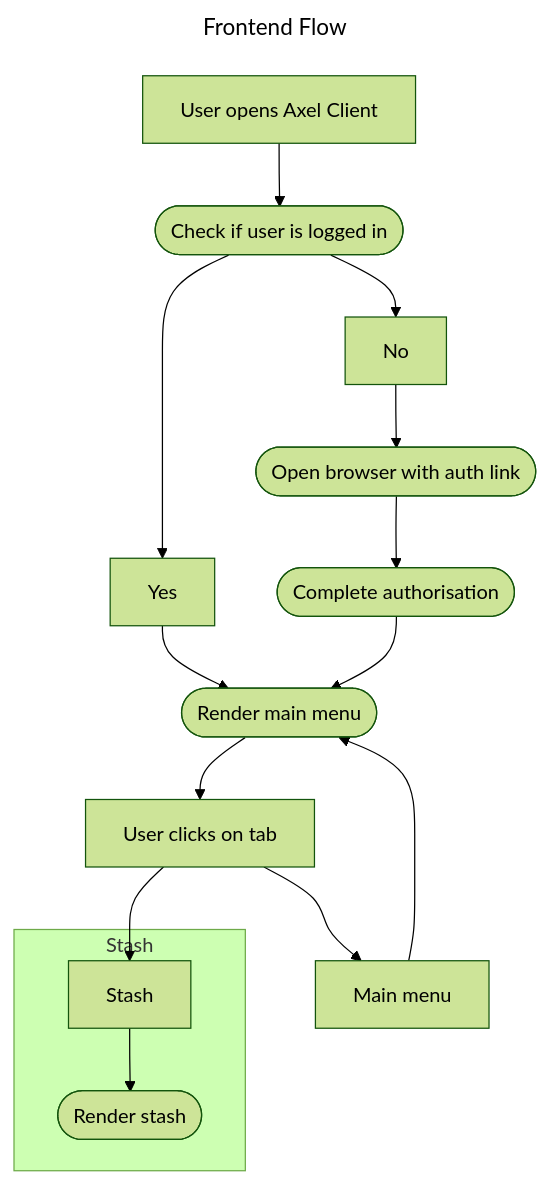
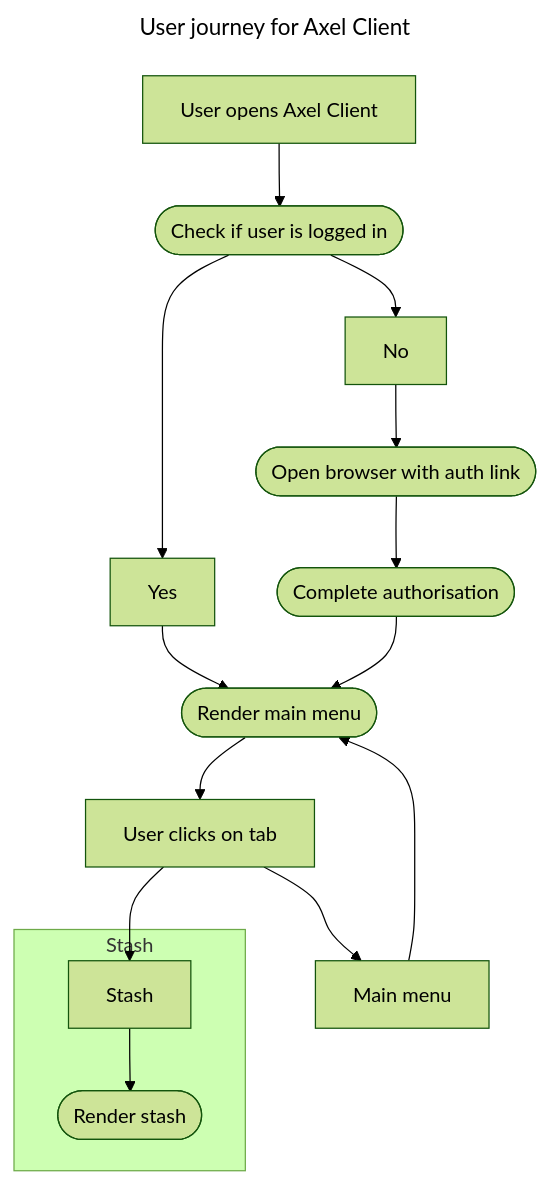
Before and after one commit to Craftarc/axel: the diagram in docs/user-journey.mermaid, drawn with Mermaid (forest theme). The commit also changed 6 other files, not shown here.

```diff
--- a/docs/user-journey.mermaid
+++ b/docs/user-journey.mermaid
@@ -1,19 +1,19 @@
 ---
-title: Frontend Flow
+title: User journey for Axel Client
 ---
 flowchart TD
     openClient[User opens Axel Client] --> isUserLoggedIn([Check if user is logged in])
     isUserLoggedIn --> loggedIn[Yes]
     isUserLoggedIn --> notLoggedIn[No]
     notLoggedIn --> openBrowser([Open browser with auth link])
     loggedIn --> renderMainMenu([Render main menu])
     openBrowser --> completeAuth([Complete authorisation])
     completeAuth --> renderMainMenu
     renderMainMenu --> userClicksTab[User clicks on tab]
 
     userClicksTab --> selectMainMenu[Main menu]
     selectMainMenu --> renderMainMenu
     userClicksTab --> selectStash[Stash]
     subgraph Stash
         selectStash[Stash] --> renderStash([Render stash])
     end
```
